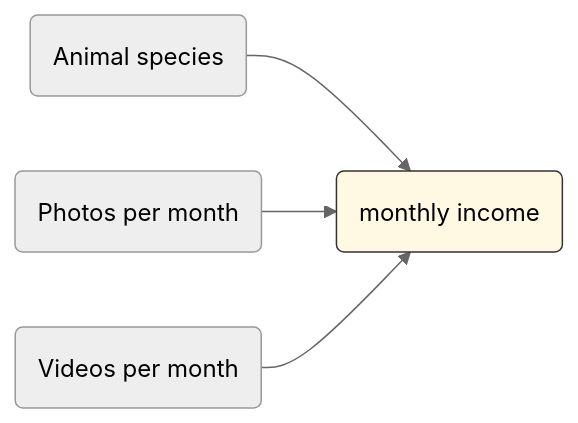
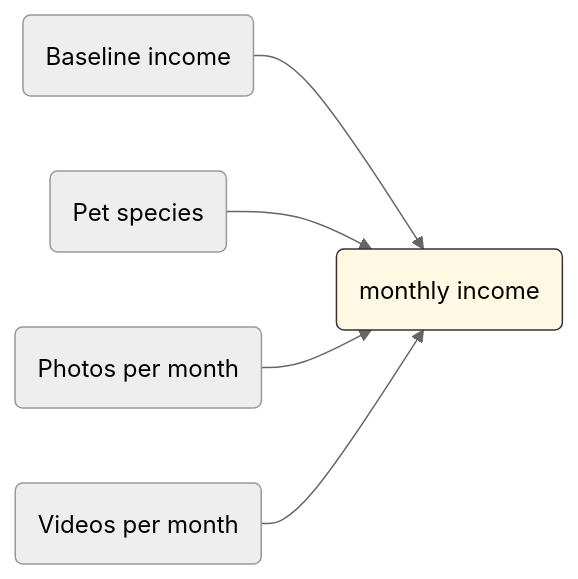
Before and after one commit to erikaduan/r_tips: the diagram in tutorials/st-linear_regression/st-linear_regression.md, drawn with Mermaid (neutral theme). The commit also changed other lines of this file and 5 other files, not shown here.

````diff
--- a/tutorials/st-linear_regression/st-linear_regression.md
+++ b/tutorials/st-linear_regression/st-linear_regression.md
@@ -74,8 +80,9 @@
 ``` mermaid
 flowchart LR  
-  A(Animal species) --> B(monthly income) 
-  C(Photos per month) --> B
-  D(Videos per month) --> B
-
+  A(Baseline income) --> B(monthly income)     
+  C(Pet species) --> B 
+  D(Photos per month) --> B
+  E(Videos per month) --> B
+  
   style B fill:#Fff9e3,stroke:#333
 ```
````
